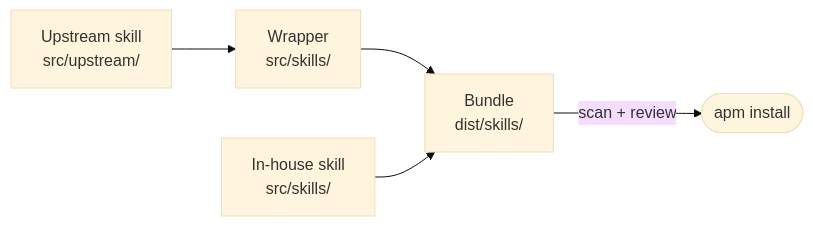
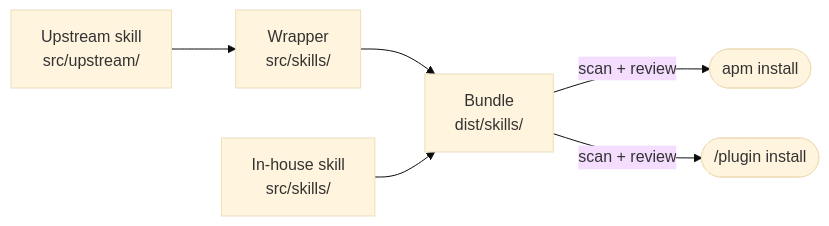
One commit to dev-soprasteriano/alf changed the second of 2 diagrams in README.md. Above: the diagram before and after it, drawn with Mermaid (base theme). The commit also changed other lines of this file and 7 other files, not shown here.

````diff
--- a/README.md
+++ b/README.md
@@ -130,7 +161,8 @@
 ```mermaid
 flowchart LR
     copy["Upstream skill<br>src/upstream/"] --> wrapper["Wrapper<br>src/skills/"]
     wrapper --> bundle["Bundle<br>dist/skills/"]
     inhouse["In-house skill<br>src/skills/"] --> bundle
     bundle -->|"scan + review"| install(["apm install"])
+    bundle -->|"scan + review"| plugin(["/plugin install"])
 ```
````
